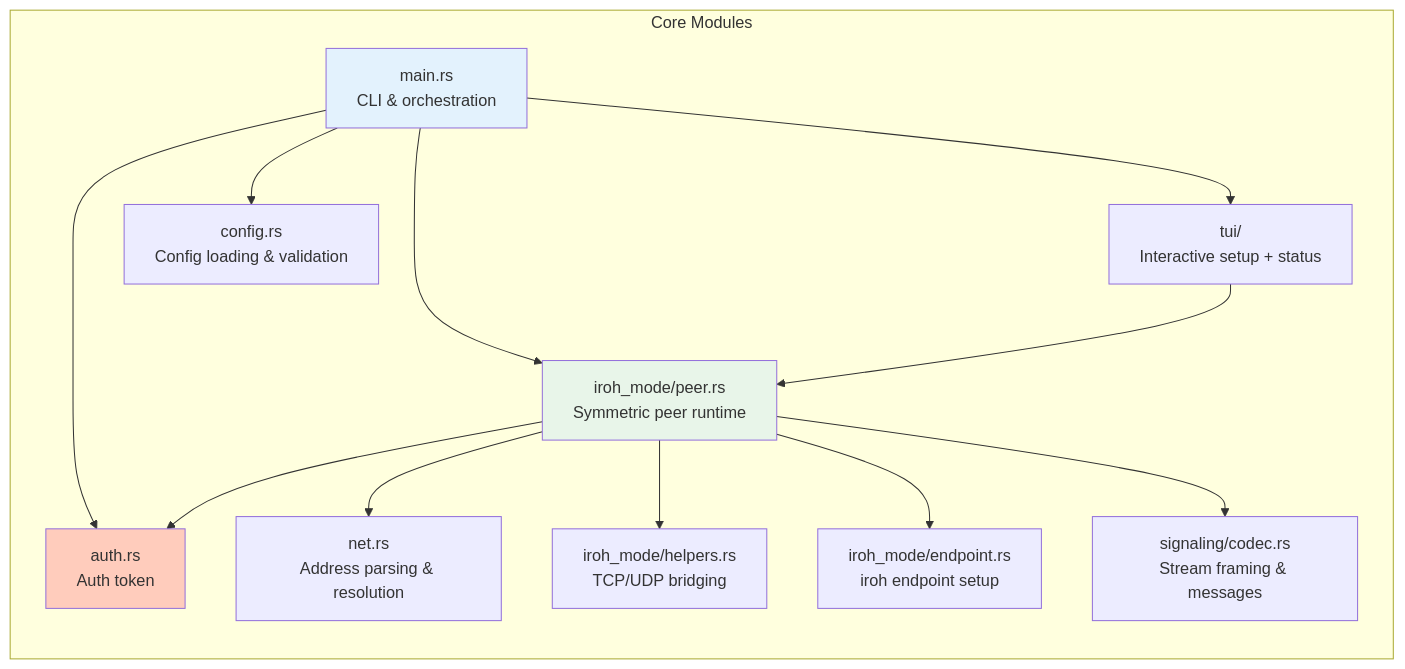
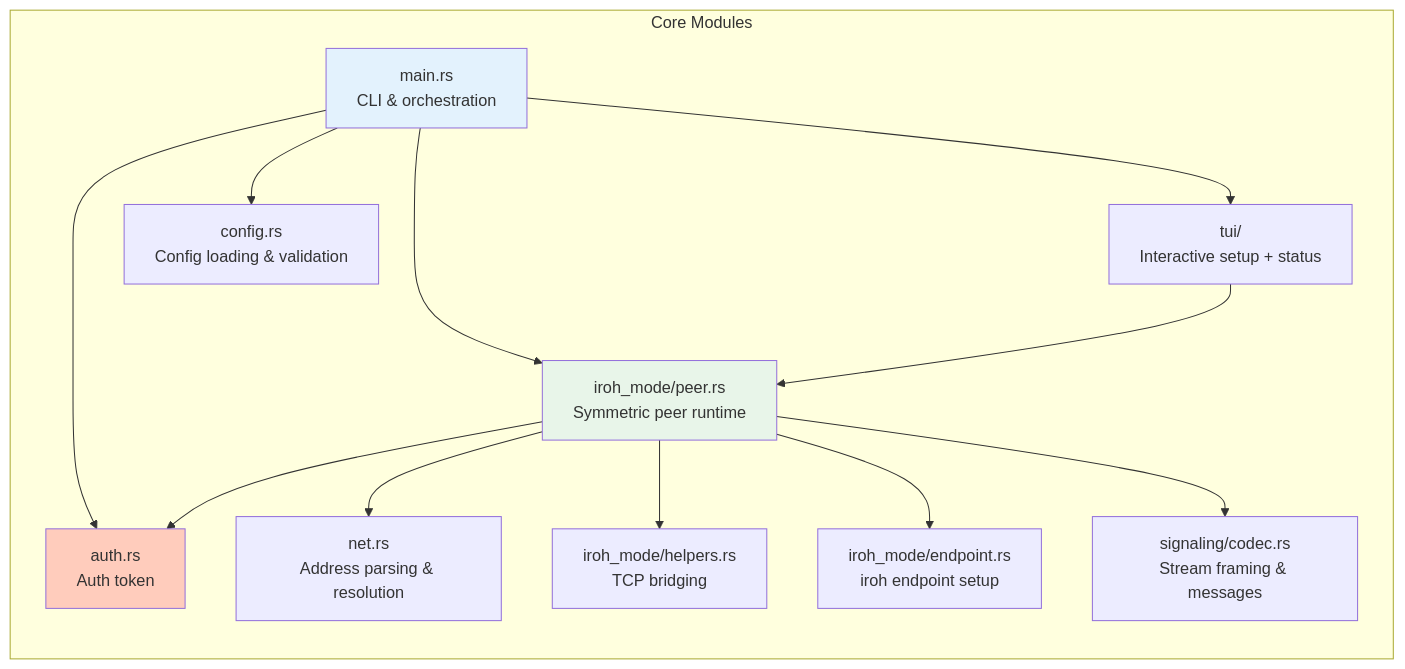
One commit to andrewtheguy/duopipe changed the second of 21 diagrams in docs/ARCHITECTURE.md. Above: the diagram before and after it, drawn with Mermaid. The commit also changed other lines of this file and 17 other files, not shown here.

````diff
--- a/docs/ARCHITECTURE.md
+++ b/docs/ARCHITECTURE.md
@@ -75,29 +75,29 @@
 ```mermaid
 graph LR
     subgraph "Core Modules"
         A[main.rs<br/>CLI & orchestration]
         T[tui/<br/>Interactive setup + status]
         B[config.rs<br/>Config loading & validation]
         C[iroh_mode/peer.rs<br/>Symmetric peer runtime]
         C2[net.rs<br/>Address parsing & resolution]
-        C3[iroh_mode/helpers.rs<br/>TCP/UDP bridging]
+        C3[iroh_mode/helpers.rs<br/>TCP bridging]
         D[iroh_mode/endpoint.rs<br/>iroh endpoint setup]
         E2[auth.rs<br/>Auth token]
         F[signaling/codec.rs<br/>Stream framing & messages]
     end
 
     A --> T
     A --> B
     A --> C
     A --> E2
     T --> C
     C --> C2
     C --> C3
     C --> D
     C --> E2
     C --> F
 
     style A fill:#E3F2FD
     style C fill:#E8F5E9
     style E2 fill:#FFCCBC
 ```
````
